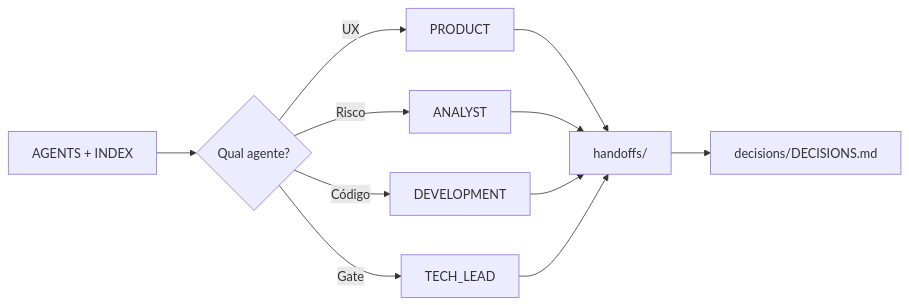
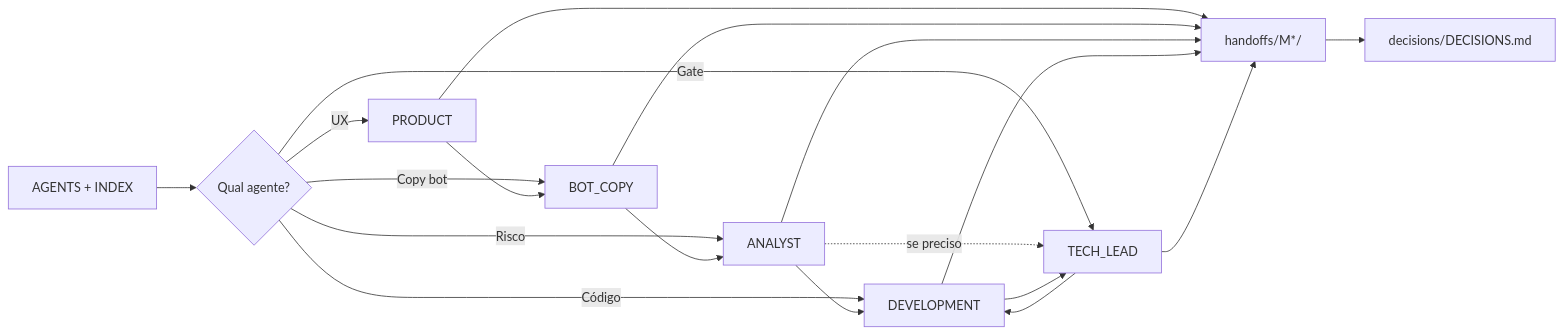
One commit to NeverDh/ncm-rpg changed the diagram in docs/FLUXO_MULTI_AGENT.md. Above: the diagram before and after it, drawn with Mermaid. The commit also changed other lines of this file and 55 other files, not shown here.

````diff
--- a/docs/FLUXO_MULTI_AGENT.md
+++ b/docs/FLUXO_MULTI_AGENT.md
@@ -62,13 +41,21 @@
 ```mermaid
 flowchart LR
   A[AGENTS + INDEX] --> B{Qual agente?}
   B -->|UX| P[PRODUCT]
+  B -->|Copy bot| C[BOT_COPY]
   B -->|Risco| N[ANALYST]
   B -->|Código| D[DEVELOPMENT]
   B -->|Gate| T[TECH_LEAD]
-  P --> H[handoffs/]
+  P --> C
+  C --> N
+  N --> D
+  N -.->|se preciso| T
+  T --> D
+  D --> T
+  P --> H[handoffs/M*/]
+  C --> H
   N --> H
   D --> H
   T --> H
   H --> ADR[decisions/DECISIONS.md]
 ```
````
